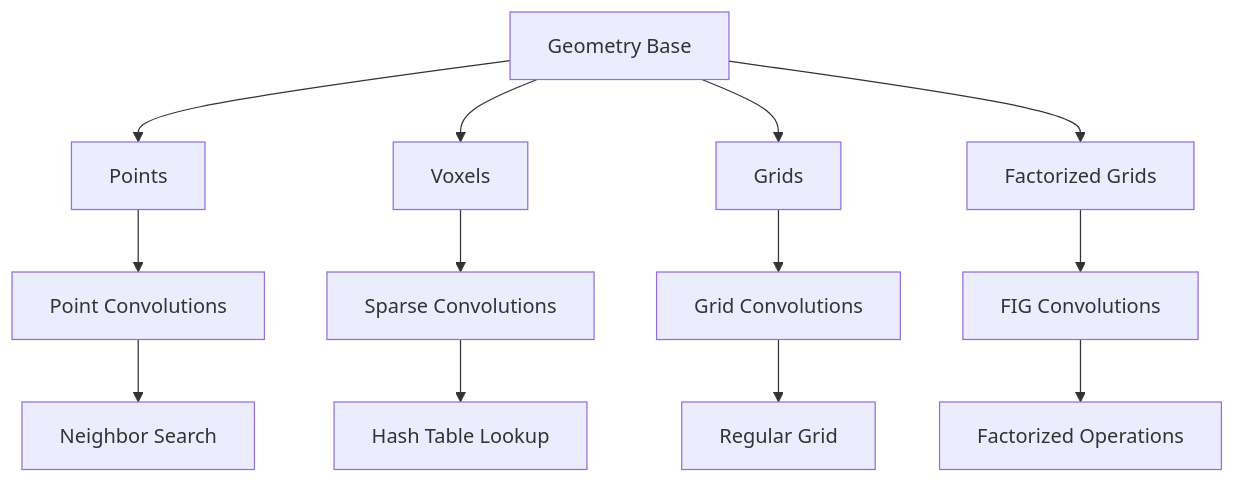
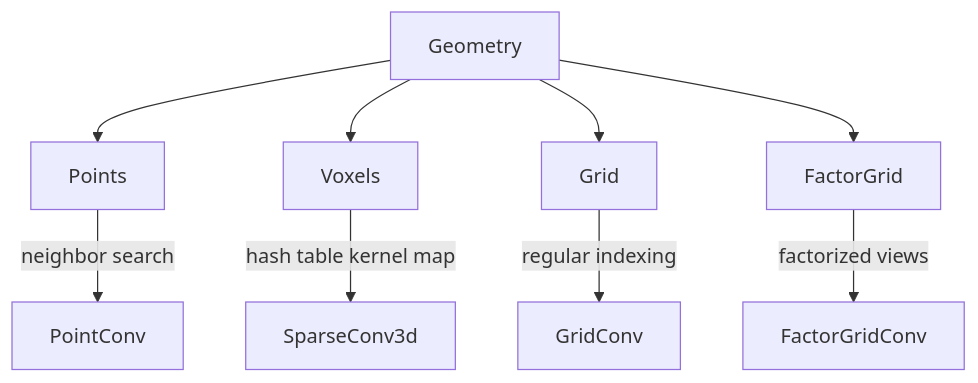
The diagram in docs/diagrams/geometry_types.md (NVlabs/WarpConvNet), drawn with Mermaid before and after one commit. The commit also changed other lines of this file and 33 other files, not shown here.

````diff
--- a/docs/diagrams/geometry_types.md
+++ b/docs/diagrams/geometry_types.md
@@ -1,17 +3,12 @@
 ```mermaid
 graph TD
-    A[Geometry Base] --> B[Points]
+    A[Geometry] --> B[Points]
     A --> C[Voxels]
-    A --> D[Grids]
-    A --> E[Factorized Grids]
-    
-    B --> F[Point Convolutions]
-    C --> G[Sparse Convolutions]
-    D --> H[Grid Convolutions]
-    E --> I[FIG Convolutions]
-    
-    F --> J[Neighbor Search]
-    G --> K[Hash Table Lookup]
-    H --> L[Regular Grid]
-    I --> M[Factorized Operations]
+    A --> D[Grid]
+    A --> E[FactorGrid]
+
+    B -->|neighbor search| F[PointConv]
+    C -->|hash table kernel map| G[SparseConv3d]
+    D -->|regular indexing| H[GridConv]
+    E -->|factorized views| I[FactorGridConv]
 ```
````
